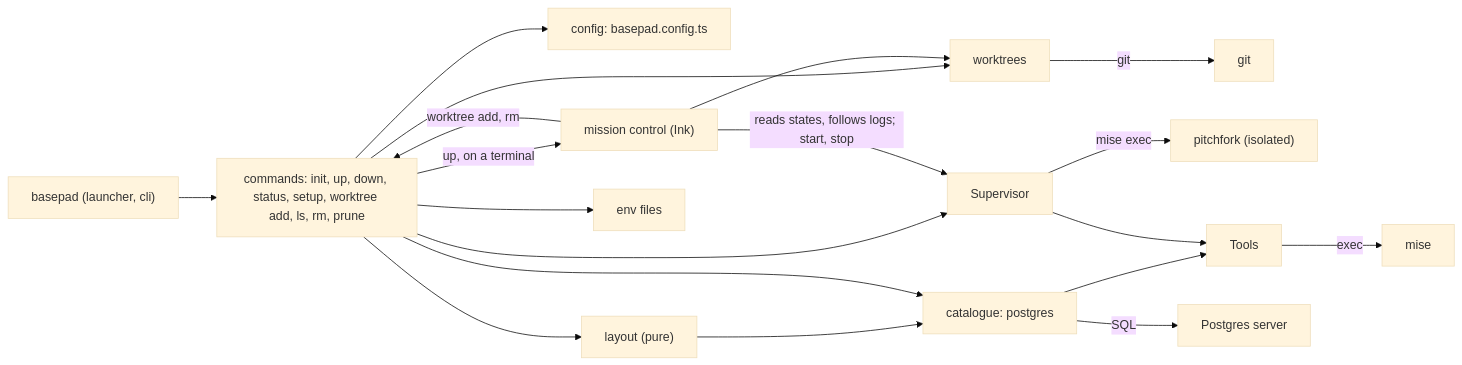
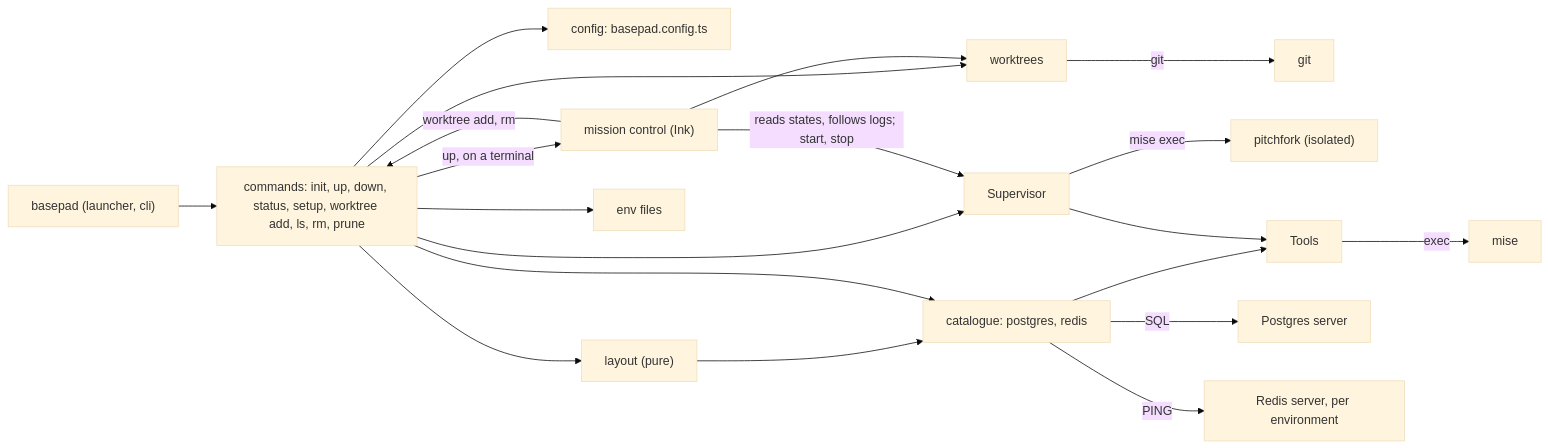
Before and after one commit to Aysnc-Labs/basepad: the diagram in docs/feature-map.md, drawn with Mermaid (base theme). The commit also changed other lines of this file and 11 other files, not shown here.

First line of the commit message:
Redis service, per environment (#24)

````diff
--- a/docs/feature-map.md
+++ b/docs/feature-map.md
@@ -12,21 +12,22 @@
 ```mermaid
 flowchart LR
   CLI["basepad (launcher, cli)"] --> Commands["commands: init, up, down, status, setup, worktree add, ls, rm, prune"]
   Commands --> Worktrees["worktrees"]
   Worktrees -- "git" --> Git["git"]
   Commands --> Config["config: basepad.config.ts"]
   Commands --> Layout["layout (pure)"]
   Layout --> Catalogue
-  Commands --> Catalogue["catalogue: postgres"]
+  Commands --> Catalogue["catalogue: postgres, redis"]
   Commands --> Supervisor
   Commands -- "up, on a terminal" --> MissionControl["mission control (Ink)"]
   MissionControl -- "reads states, follows logs; start, stop" --> Supervisor
   MissionControl --> Worktrees
   MissionControl -- "worktree add, rm" --> Commands
   Commands --> EnvFiles["env files"]
   Supervisor -- "mise exec" --> Pitchfork["pitchfork (isolated)"]
   Catalogue --> Tools
   Supervisor --> Tools
   Tools -- "exec" --> Mise["mise"]
   Catalogue -- "SQL" --> Postgres["Postgres server"]
+  Catalogue -- "PING" --> Redis["Redis server, per environment"]
 ```
````
